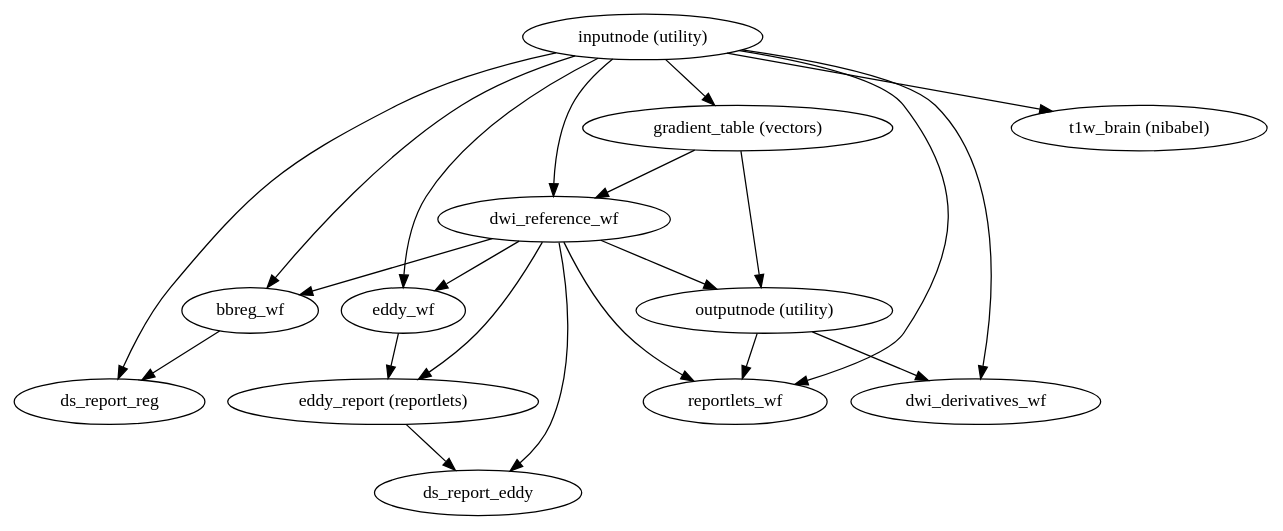
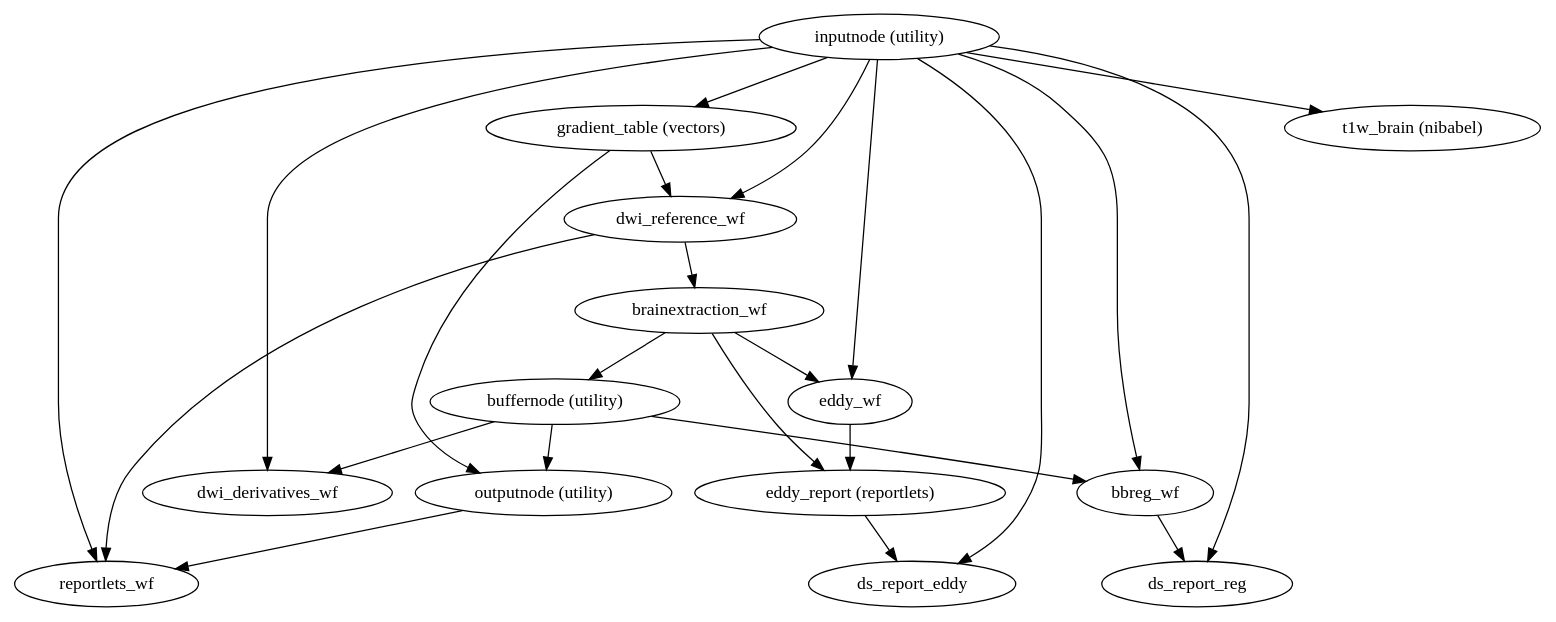
The diagram in 0.5.0/wf_directive/api/dwi_preproc_wf/dmriprep-workflows-dwi-base-1.dot (nipreps/dmriprep), drawn with Graphviz before and after one commit. The commit also changed 922 other files, not shown here.

```diff
--- a/0.5.0/wf_directive/api/dwi_preproc_wf/dmriprep-workflows-dwi-base-1.dot
+++ b/0.5.0/wf_directive/api/dwi_preproc_wf/dmriprep-workflows-dwi-base-1.dot
@@ -1,35 +1,39 @@
 strict digraph  {
 "inputnode (utility)";
+dwi_derivatives_wf;
 "gradient_table (vectors)";
 dwi_reference_wf;
-dwi_derivatives_wf;
 bbreg_wf;
 "t1w_brain (nibabel)";
 ds_report_reg;
 eddy_wf;
+ds_report_eddy;
 reportlets_wf;
 "outputnode (utility)";
+brainextraction_wf;
 "eddy_report (reportlets)";
-ds_report_eddy;
+"buffernode (utility)";
+"inputnode (utility)" -> dwi_derivatives_wf;
 "inputnode (utility)" -> "gradient_table (vectors)";
 "inputnode (utility)" -> dwi_reference_wf;
-"inputnode (utility)" -> dwi_derivatives_wf;
 "inputnode (utility)" -> bbreg_wf;
 "inputnode (utility)" -> "t1w_brain (nibabel)";
 "inputnode (utility)" -> ds_report_reg;
 "inputnode (utility)" -> eddy_wf;
+"inputnode (utility)" -> ds_report_eddy;
 "inputnode (utility)" -> reportlets_wf;
 "gradient_table (vectors)" -> dwi_reference_wf;
 "gradient_table (vectors)" -> "outputnode (utility)";
-dwi_reference_wf -> bbreg_wf;
-dwi_reference_wf -> eddy_wf;
-dwi_reference_wf -> "eddy_report (reportlets)";
-dwi_reference_wf -> ds_report_eddy;
+dwi_reference_wf -> brainextraction_wf;
 dwi_reference_wf -> reportlets_wf;
-dwi_reference_wf -> "outputnode (utility)";
 bbreg_wf -> ds_report_reg;
 eddy_wf -> "eddy_report (reportlets)";
-"outputnode (utility)" -> dwi_derivatives_wf;
 "outputnode (utility)" -> reportlets_wf;
+brainextraction_wf -> eddy_wf;
+brainextraction_wf -> "eddy_report (reportlets)";
+brainextraction_wf -> "buffernode (utility)";
 "eddy_report (reportlets)" -> ds_report_eddy;
+"buffernode (utility)" -> dwi_derivatives_wf;
+"buffernode (utility)" -> "outputnode (utility)";
+"buffernode (utility)" -> bbreg_wf;
 }
```
